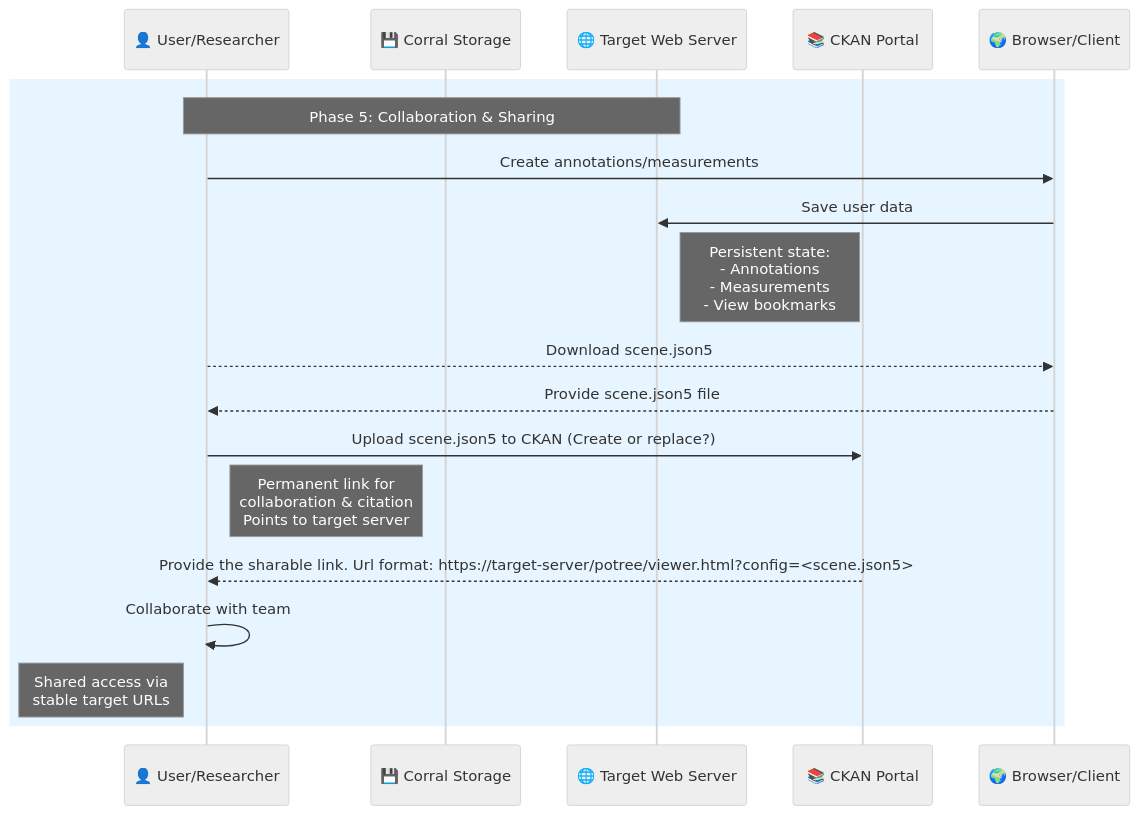
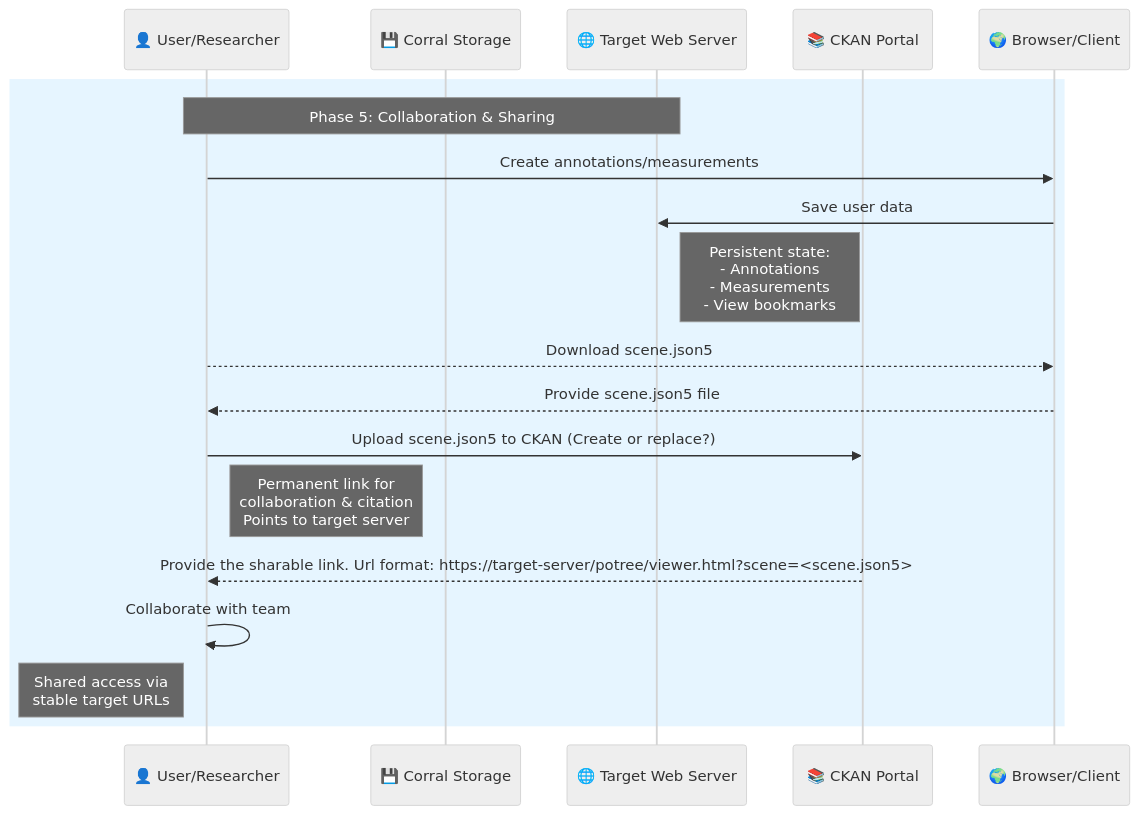
Before and after one commit to In-For-Disaster-Analytics/potree: the fifth of 5 diagrams in README-pipeline.md, drawn with Mermaid. The commit also changed other lines of this file and 3 other files, not shown here.

Commit message:
Update query parameter references in documentation and examples to use 'scene' instead of 'config'

````diff
--- a/README-pipeline.md
+++ b/README-pipeline.md
@@ -347,24 +347,24 @@
 ```mermaid
 %%{ init : { "theme" : "neutral", "themeVariables" : { "primaryColor" : "#fff", "primaryTextColor" : "#000", "primaryBorderColor" : "#000", "lineColor" : "#000", "secondaryColor" : "#f8f8f8", "tertiaryColor" : "#f0f0f0" }}}%%
 sequenceDiagram
     participant User as 👤 User/Researcher
     participant Corral as 💾 Corral Storage
     participant Target as 🌐 Target Web Server
     participant CKAN as 📚 CKAN Portal
     participant Browser as 🌍 Browser/Client
 
     %% Collaboration & Sharing
     rect rgb(230, 245, 255)
         Note over User,Target: Phase 5: Collaboration & Sharing
         User->>Browser: Create annotations/measurements
         Browser->>Target: Save user data
         Note right of Target: Persistent state:<br/>- Annotations<br/>- Measurements<br/>- View bookmarks
         User-->>Browser: Download scene.json5
         Browser-->>User: Provide scene.json5 file
         User->>CKAN: Upload scene.json5 to CKAN (Create or replace?)
         Note right of User: Permanent link for<br/>collaboration & citation<br/>Points to target server
-        CKAN-->>User: Provide the sharable link. Url format: https://target-server/potree/viewer.html?config=<scene.json5>
+        CKAN-->>User: Provide the sharable link. Url format: https://target-server/potree/viewer.html?scene=<scene.json5>
         User->>User: Collaborate with team
         Note left of User: Shared access via<br/>stable target URLs
     end
 ```
````
